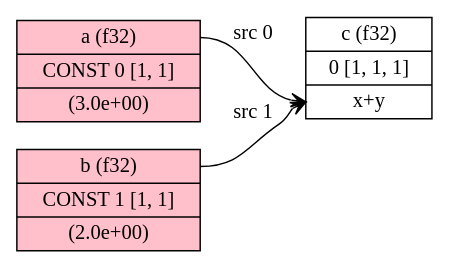
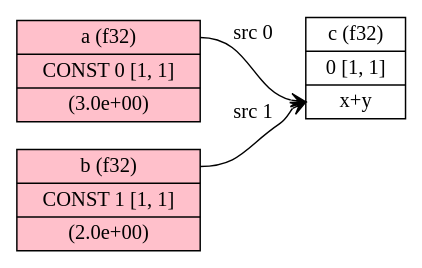
Before and after one commit to danbev/learning-ai: the diagram in fundamentals/ggml/add.dot, drawn with Graphviz. The commit also changed 1 other file, not shown here.

Commit message:
src: update .dot files

```diff
--- a/fundamentals/ggml/add.dot
+++ b/fundamentals/ggml/add.dot
@@ -1,9 +1,9 @@
 digraph G {
   newrank = true;
   rankdir = LR;
-  "0x7f1119bcf420" [ style = filled; fillcolor = white; shape = record; label="c (f32)|0 [1, 1, 1] | <x>x+y"; ]
-  "0x7f1119bcf0c0" [ style = filled; fillcolor = pink; shape = record; label="<x>a (f32)|CONST 0 [1, 1] | (3.0e+00)"; ]
-  "0x7f1119bcf270" [ style = filled; fillcolor = pink; shape = record; label="<x>b (f32)|CONST 1 [1, 1] | (2.0e+00)"; ]
-  "0x7f1119bcf0c0":x -> "0x7f1119bcf420":x [ arrowhead = vee; style = solid; label = "src 0"; ]
-  "0x7f1119bcf270":x -> "0x7f1119bcf420":x [ arrowhead = vee; style = solid; label = "src 1"; ]
+  "0x7f94ef410400" [ style = filled; fillcolor = white; shape = record; label="c (f32)|0 [1, 1] | <x>x+y"; ]
+  "0x7f94ef4100c0" [ style = filled; fillcolor = pink; shape = record; label="<x>a (f32)|CONST 0 [1, 1] | (3.0e+00)"; ]
+  "0x7f94ef410260" [ style = filled; fillcolor = pink; shape = record; label="<x>b (f32)|CONST 1 [1, 1] | (2.0e+00)"; ]
+  "0x7f94ef4100c0":x -> "0x7f94ef410400":x [ arrowhead = vee; style = solid; label = "src 0"; ]
+  "0x7f94ef410260":x -> "0x7f94ef410400":x [ arrowhead = vee; style = solid; label = "src 1"; ]
 }
```
